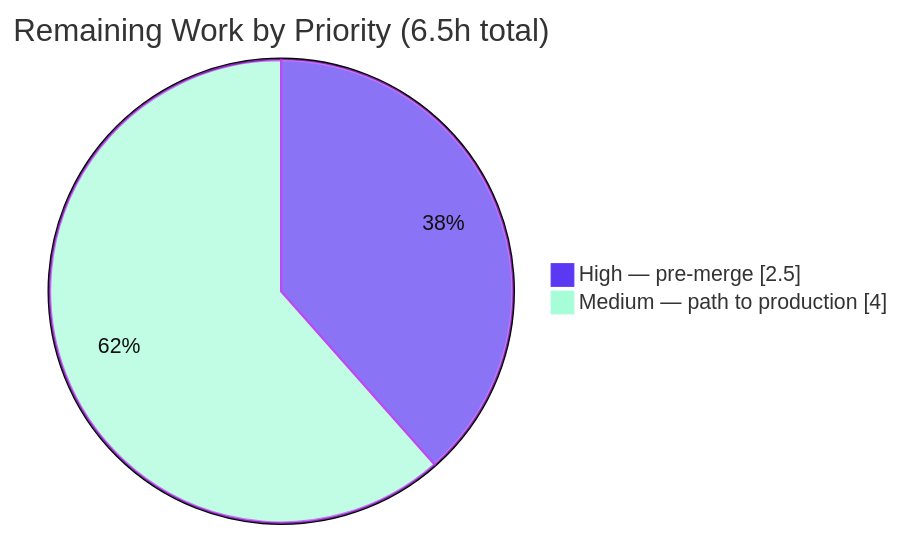
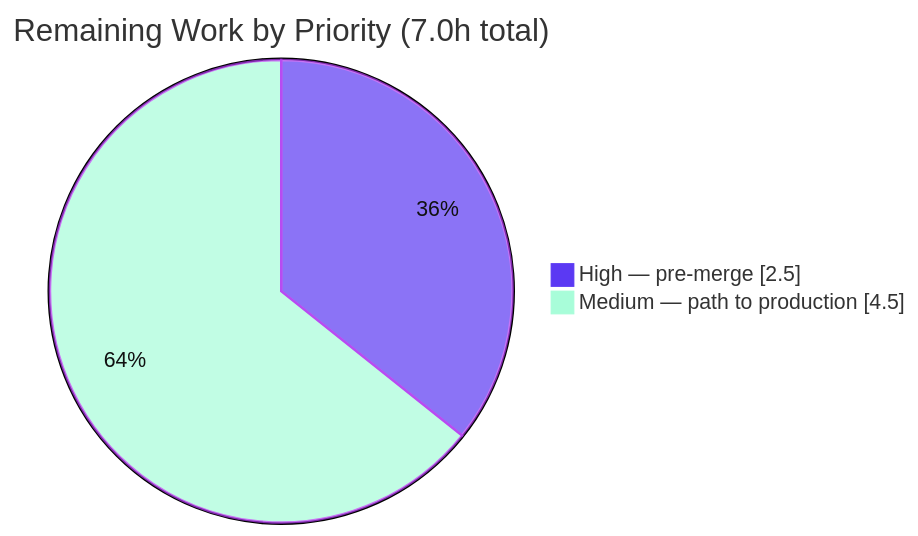
The fourth of 4 diagrams in blitzy/documentation/Project Guide.md (Sandeep02Kumar02/existing-projects-qa-test), drawn with Mermaid before and after one commit. The commit also changed other lines of this file, not shown here.

Commit message:
Adding Blitzy Project Guide: Project Status and Human Tasks Remaining

````diff
--- a/blitzy/documentation/Project Guide.md
+++ b/blitzy/documentation/Project Guide.md
@@ -283,6 +282,6 @@
 ```mermaid
 %%{init: {'theme':'base', 'themeVariables': {'pie1':'#5B39F3','pie2':'#A8FDD9','pieStrokeColor':'#B23AF2','pieSectionTextColor':'#111111'}}}%%
-pie showData title Remaining Work by Priority (6.5h total)
+pie showData title Remaining Work by Priority (7.0h total)
     "High — pre-merge" : 2.5
-    "Medium — path to production" : 4.0
+    "Medium — path to production" : 4.5
 ```
````
